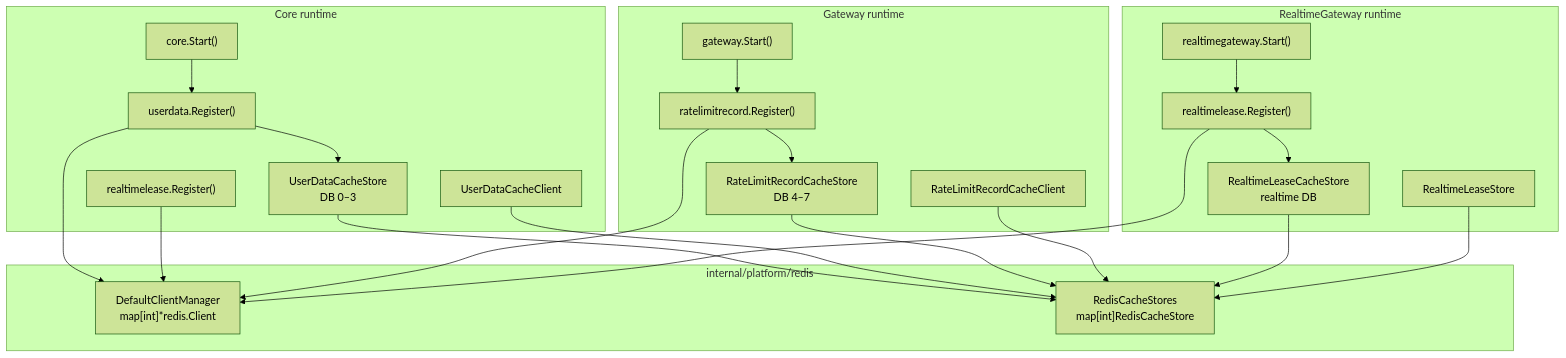
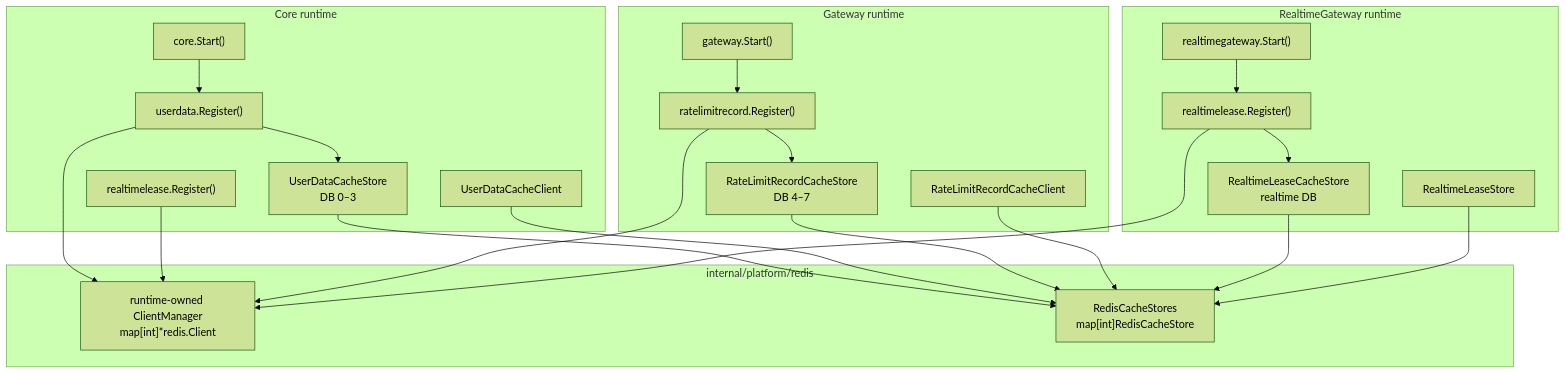
The diagram in docs/codebase-design/microservice-architecture.md (HiIamJeff67/notezy-backend), drawn with Mermaid (forest theme) before and after one commit. The commit also changed other lines of this file and 193 other files, not shown here.

````diff
--- a/docs/codebase-design/microservice-architecture.md
+++ b/docs/codebase-design/microservice-architecture.md
@@ -193,42 +196,42 @@
 ```mermaid
 flowchart TB
   subgraph Platform["internal/platform/redis"]
-    Manager["DefaultClientManager<br/>map[int]*redis.Client"]
+    Manager["runtime-owned ClientManager<br/>map[int]*redis.Client"]
     Registry["RedisCacheStores<br/>map[int]RedisCacheStore"]
   end
 
   subgraph Core["Core runtime"]
     CoreStart["core.Start()"]
     UserRegister["userdata.Register()"]
     UserStore["UserDataCacheStore<br/>DB 0–3"]
     UserClient["UserDataCacheClient"]
     RealtimeRegisterCore["realtimelease.Register()"]
   end
 
   subgraph Gateway["Gateway runtime"]
     GatewayStart["gateway.Start()"]
     RateRegister["ratelimitrecord.Register()"]
     RateStore["RateLimitRecordCacheStore<br/>DB 4–7"]
     RateClient["RateLimitRecordCacheClient"]
   end
 
   subgraph RealtimeGateway["RealtimeGateway runtime"]
     RealtimeGatewayStart["realtimegateway.Start()"]
     RealtimeRegisterGateway["realtimelease.Register()"]
     LeaseStore["RealtimeLeaseCacheStore<br/>realtime DB"]
     LeaseClient["RealtimeLeaseStore"]
   end
 
   CoreStart --> UserRegister --> Manager
   UserRegister --> UserStore --> Registry
   UserClient --> Registry
   RealtimeRegisterCore --> Manager
 
   GatewayStart --> RateRegister --> Manager
   RateRegister --> RateStore --> Registry
   RateClient --> Registry
 
   RealtimeGatewayStart --> RealtimeRegisterGateway --> Manager
   RealtimeRegisterGateway --> LeaseStore --> Registry
   LeaseClient --> Registry
 ```
````
